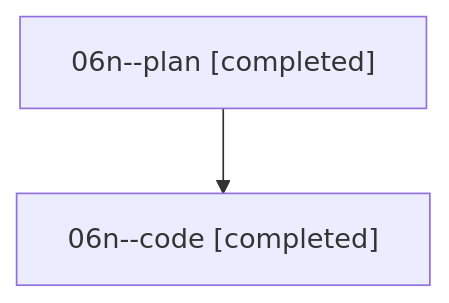
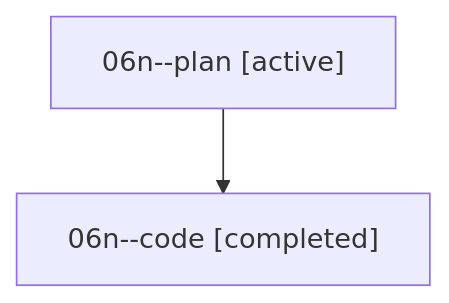
One commit to sase-org/sase--agents changed the diagram in families/bbugyi200.athena.06n.md. Above: the diagram before and after it, drawn with Mermaid. The commit also changed other lines of this file and 35830 other files, not shown here.

````diff
--- a/families/bbugyi200.athena.06n.md
+++ b/families/bbugyi200.athena.06n.md
@@ -9,6 +9,6 @@
 ```mermaid
 flowchart TD
-  n0["06n--plan [completed]"]
+  n0["06n--plan [active]"]
   n1["06n--code [completed]"]
   n0 --> n1
 ```
````
